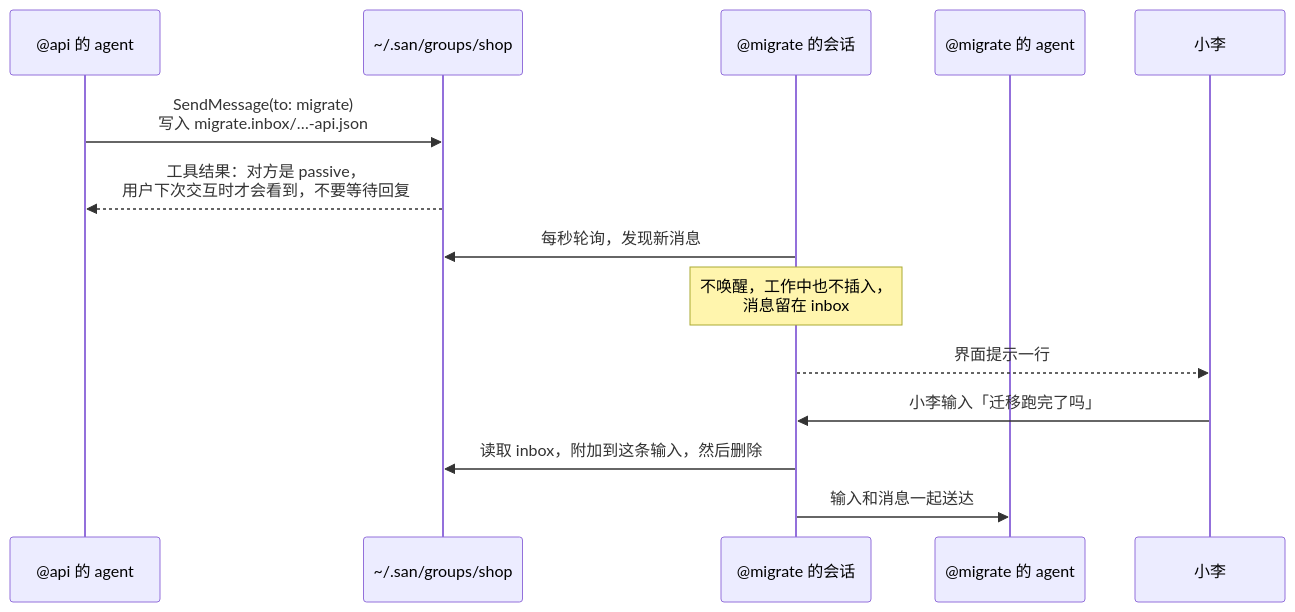
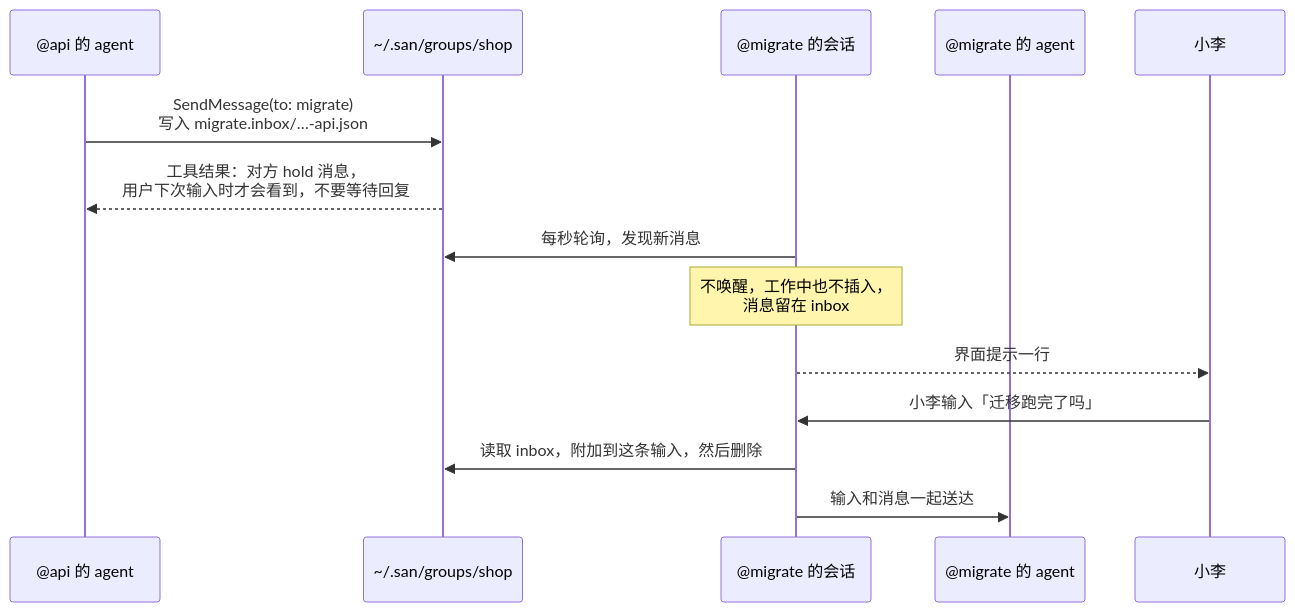
Before and after one commit to genai-io/san: the second of 5 diagrams in docs/design/proposals/0003-session-groups.zh.md, drawn with Mermaid. The commit also changed other lines of this file and 16 other files, not shown here.

First line of the commit message:
refactor(group): one hold switch instead of active/passive modes

````diff
--- a/docs/design/proposals/0003-session-groups.zh.md
+++ b/docs/design/proposals/0003-session-groups.zh.md
@@ -160,16 +165,16 @@
 ```mermaid
 sequenceDiagram
     participant A as @api 的 agent
     participant FS as ~/.san/groups/shop
     participant M as @migrate 的会话
     participant MA as @migrate 的 agent
     participant L as 小李
     A->>FS: SendMessage(to: migrate)<br/>写入 migrate.inbox/…-api.json
-    FS-->>A: 工具结果：对方是 passive，<br/>用户下次交互时才会看到，不要等待回复
+    FS-->>A: 工具结果：对方 hold 消息，<br/>用户下次输入时才会看到，不要等待回复
     M->>FS: 每秒轮询，发现新消息
     Note over M: 不唤醒，工作中也不插入，<br/>消息留在 inbox
     M-->>L: 界面提示一行
     L->>M: 小李输入「迁移跑完了吗」
     M->>FS: 读取 inbox，附加到这条输入，然后删除
     M->>MA: 输入和消息一起送达
 ```
````
